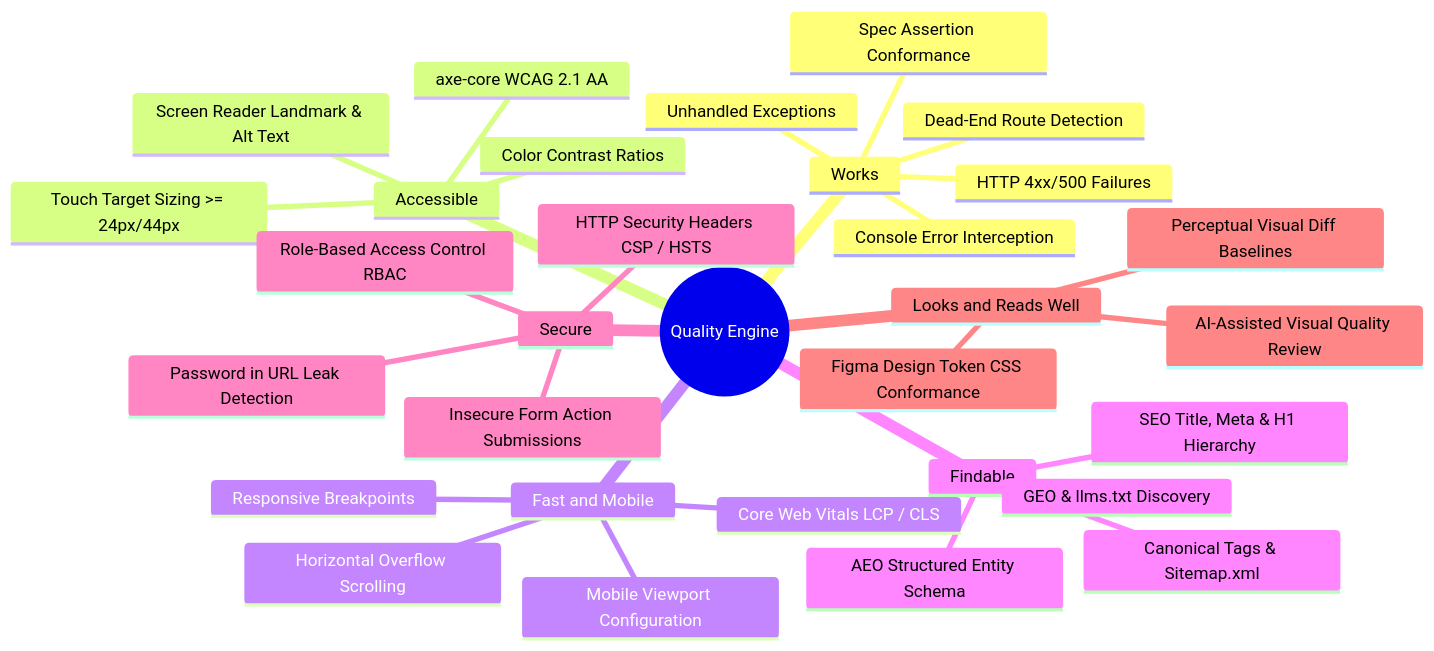
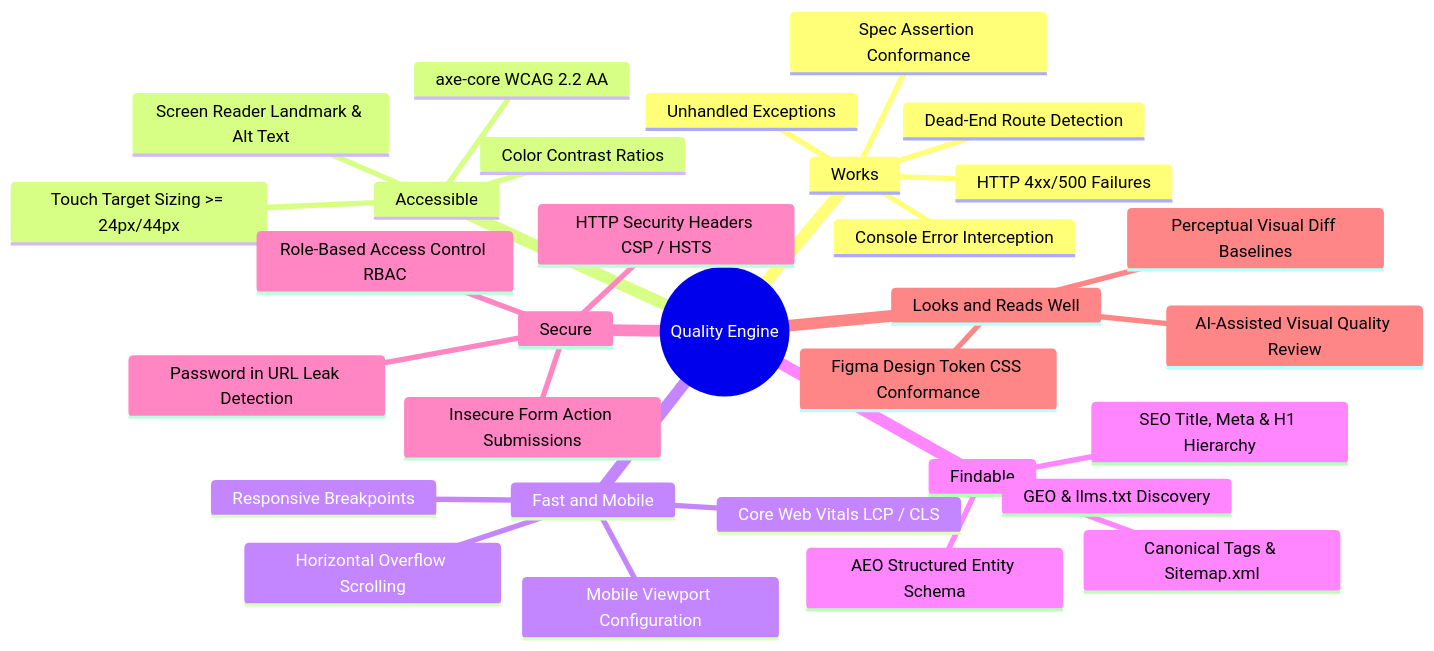
One commit to CJCreator-New/flowtester changed the second of 3 diagrams in docs/PRODUCT_GUIDE.md. Above: the diagram before and after it, drawn with Mermaid. The commit also changed other lines of this file and 30 other files, not shown here.

````diff
--- a/docs/PRODUCT_GUIDE.md
+++ b/docs/PRODUCT_GUIDE.md
@@ -150,34 +150,34 @@
 ```mermaid
 mindmap
   root((Quality Engine))
     Works
       Unhandled Exceptions
       Console Error Interception
       HTTP 4xx/500 Failures
       Dead-End Route Detection
       Spec Assertion Conformance
     Accessible
-      axe-core WCAG 2.1 AA
+      axe-core WCAG 2.2 AA
       Touch Target Sizing >= 24px/44px
       Color Contrast Ratios
       Screen Reader Landmark & Alt Text
     Fast and Mobile
       Core Web Vitals LCP / CLS
       Mobile Viewport Configuration
       Horizontal Overflow Scrolling
       Responsive Breakpoints
     Findable
       SEO Title, Meta & H1 Hierarchy
       Canonical Tags & Sitemap.xml
       AEO Structured Entity Schema
       GEO & llms.txt Discovery
     Secure
       Password in URL Leak Detection
       HTTP Security Headers CSP / HSTS
       Insecure Form Action Submissions
       Role-Based Access Control RBAC
     Looks and Reads Well
       Figma Design Token CSS Conformance
       Perceptual Visual Diff Baselines
       AI-Assisted Visual Quality Review
 ```
````
